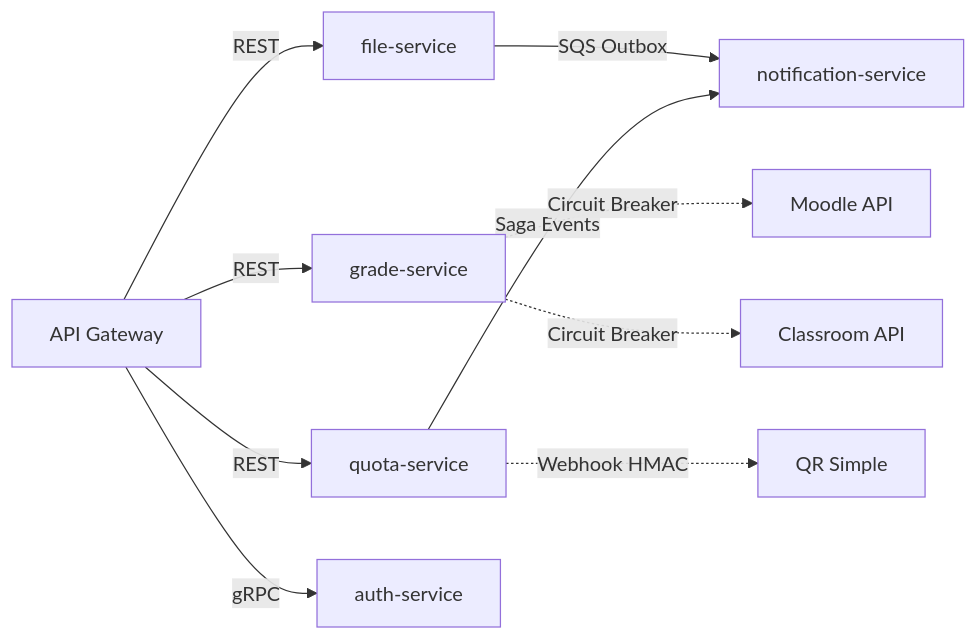
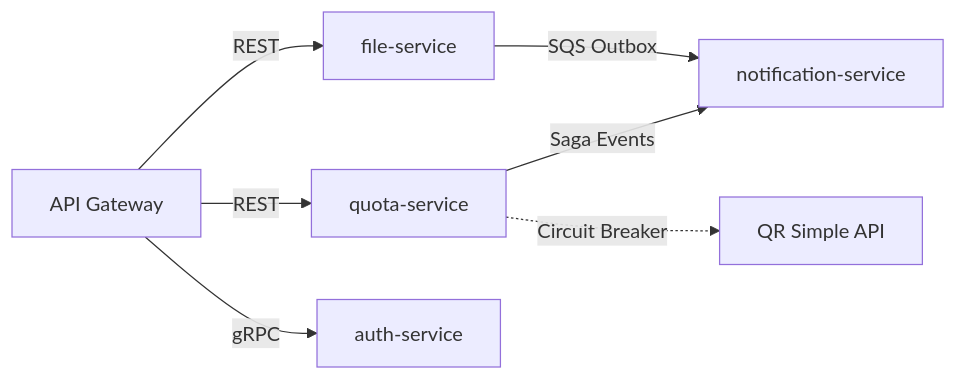
Before and after one commit to cgomez-mpsia/simoncloud-m3: the sixth of 9 diagrams in docs/DTI.md, drawn with Mermaid. The commit also changed other lines of this file and 10 other files, not shown here.

First line of the commit message:
refactor(scope): remover grade-service del core — LMS integration → backlog v2.0

````diff
--- a/docs/DTI.md
+++ b/docs/DTI.md
@@ -328,12 +314,9 @@
 ```mermaid
 graph LR
     GW[API Gateway] -->|REST| FS[file-service]
-    GW -->|REST| GS[grade-service]
     GW -->|REST| QS[quota-service]
     GW -->|gRPC| AS[auth-service]
     FS -->|SQS Outbox| NS[notification-service]
     QS -->|Saga Events| NS
-    GS -.->|Circuit Breaker| MOODLE[Moodle API]
-    GS -.->|Circuit Breaker| CLS[Classroom API]
-    QS -.->|Webhook HMAC| QRS[QR Simple]
+    QS -.->|Circuit Breaker| QRSIMPLE[QR Simple API]
 ```
````
